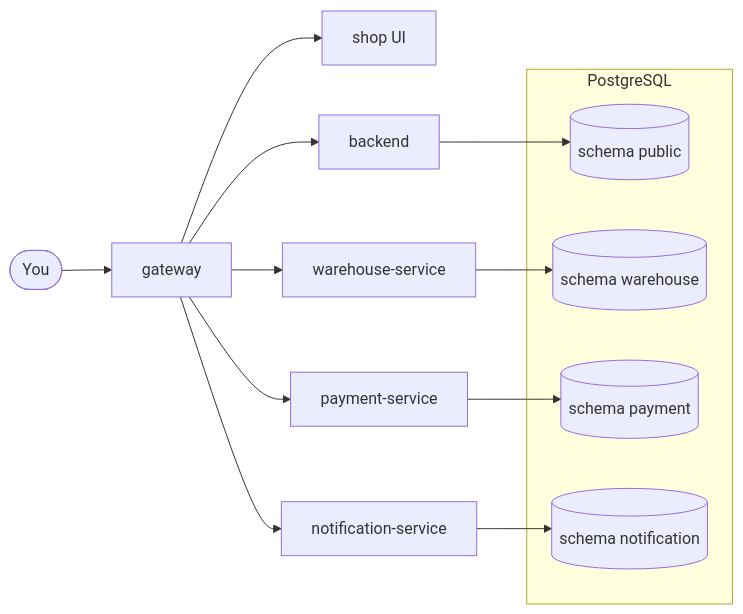
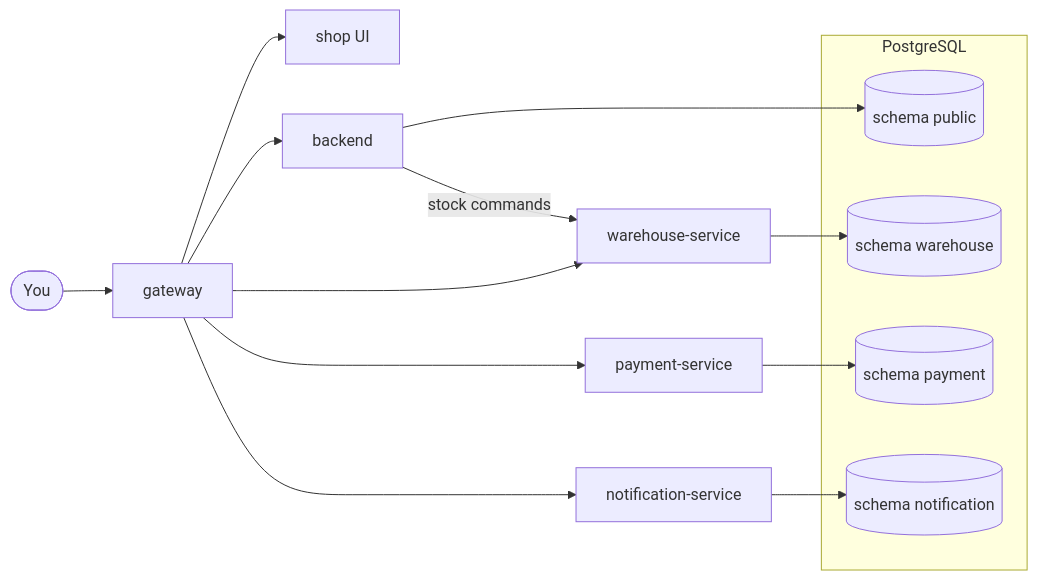
One commit to slawekradzyminski/awesome-localstack changed the diagram in docs-site/docs/index.md. Above: the diagram before and after it, drawn with Mermaid. The commit also changed 6 other files, not shown here.

````diff
--- a/docs-site/docs/index.md
+++ b/docs-site/docs/index.md
@@ -42,19 +42,20 @@
 ```mermaid
 flowchart LR
     U([You]) --> G[gateway]
     G --> F[shop UI]
     G --> W[warehouse-service]
     G --> B[backend]
     G --> P[payment-service]
     G --> N[notification-service]
     subgraph PG[PostgreSQL]
         PUB[(schema public)]
         WH[(schema warehouse)]
         PAY[(schema payment)]
         NOT[(schema notification)]
     end
     B --> PUB
+    B -->|stock commands| W
     W --> WH
     P --> PAY
     N --> NOT
 ```
````
